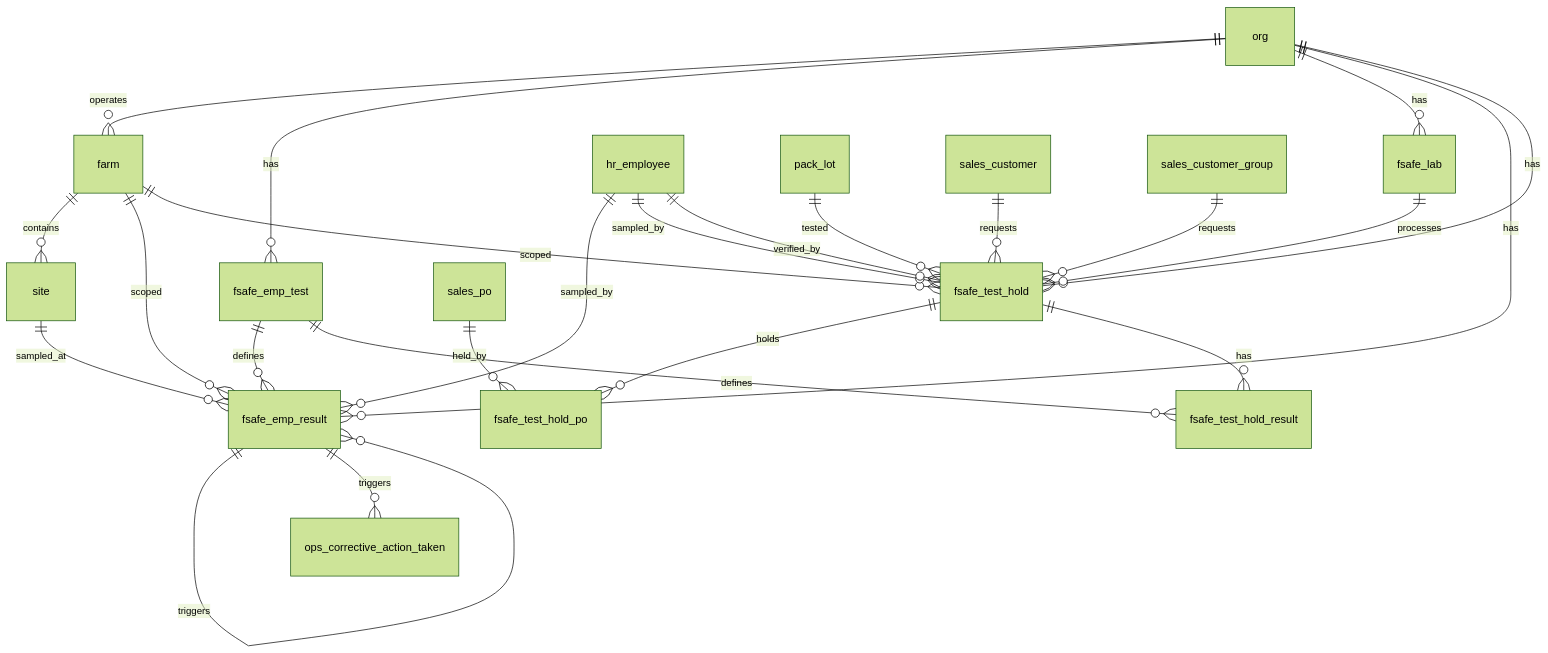
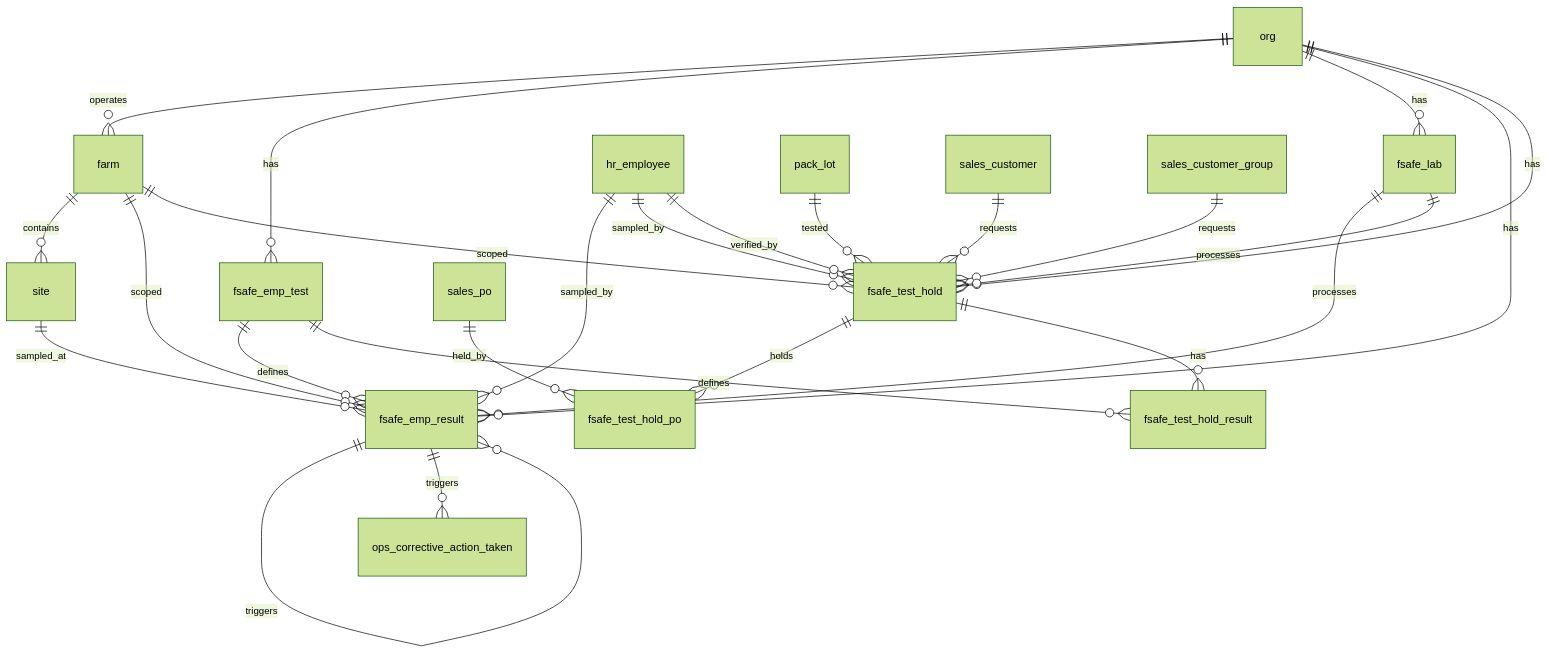
The diagram in docs/schemas/20260319_08_fsafe.md (Hawaii-Farming/aloha-app), drawn with Mermaid (forest theme) before and after one commit. The commit also changed other lines of this file and 69 other files, not shown here.

First line of the commit message:
Rename is_active to is_deleted, add fsafe_lab_id to emp_result, update comment conventions

````diff
--- a/docs/schemas/20260319_08_fsafe.md
+++ b/docs/schemas/20260319_08_fsafe.md
@@ -9,26 +9,27 @@
 ```mermaid
 erDiagram
     org ||--o{ farm : operates
     farm ||--o{ site : contains
     org ||--o{ fsafe_emp_test : has
     org ||--o{ fsafe_lab : has
     fsafe_emp_test ||--o{ fsafe_emp_result : defines
+    fsafe_lab ||--o{ fsafe_emp_result : processes
     org ||--o{ fsafe_emp_result : has
     farm ||--o{ fsafe_emp_result : scoped
     site ||--o{ fsafe_emp_result : sampled_at
     hr_employee ||--o{ fsafe_emp_result : sampled_by
     fsafe_emp_result ||--o{ fsafe_emp_result : triggers
     fsafe_emp_result ||--o{ ops_corrective_action_taken : triggers
     org ||--o{ fsafe_test_hold : has
     farm ||--o{ fsafe_test_hold : scoped
     pack_lot ||--o{ fsafe_test_hold : tested
     sales_customer ||--o{ fsafe_test_hold : requests
     sales_customer_group ||--o{ fsafe_test_hold : requests
     fsafe_lab ||--o{ fsafe_test_hold : processes
     hr_employee ||--o{ fsafe_test_hold : sampled_by
     hr_employee ||--o{ fsafe_test_hold : verified_by
     fsafe_test_hold ||--o{ fsafe_test_hold_po : holds
     sales_po ||--o{ fsafe_test_hold_po : held_by
     fsafe_test_hold ||--o{ fsafe_test_hold_result : has
     fsafe_emp_test ||--o{ fsafe_test_hold_result : defines
 ```
````
